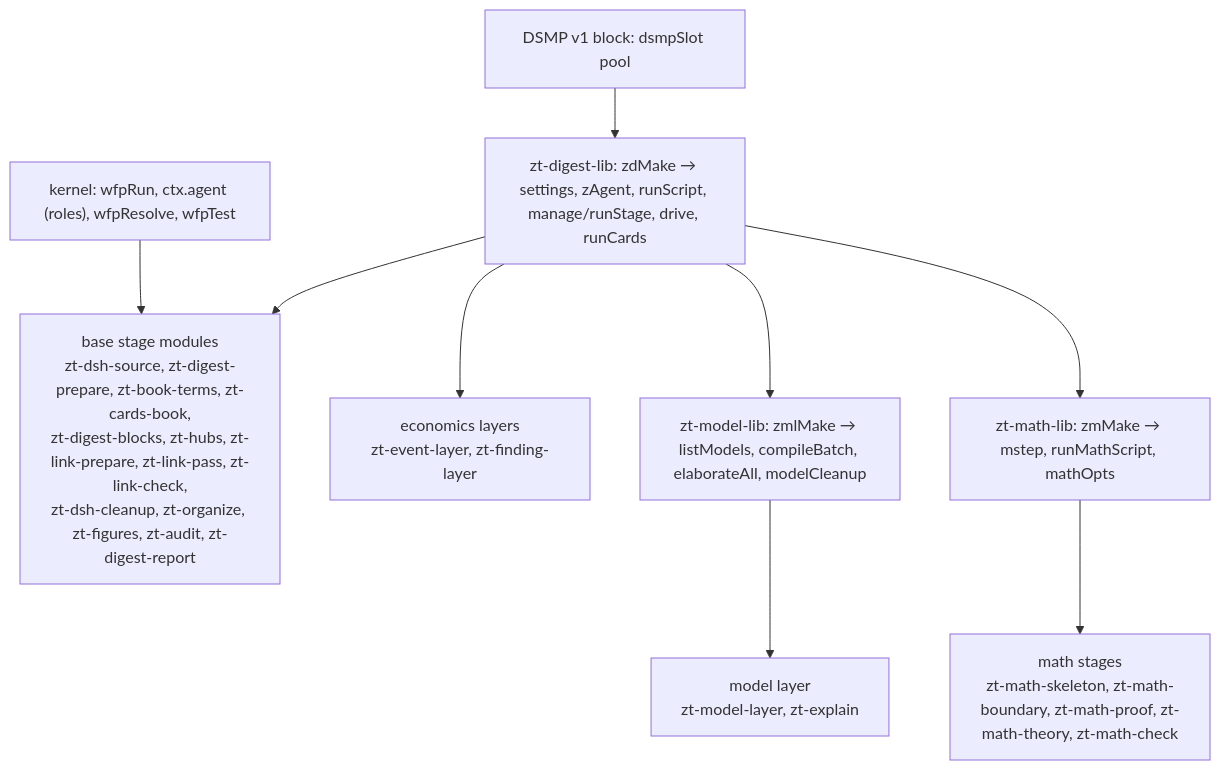
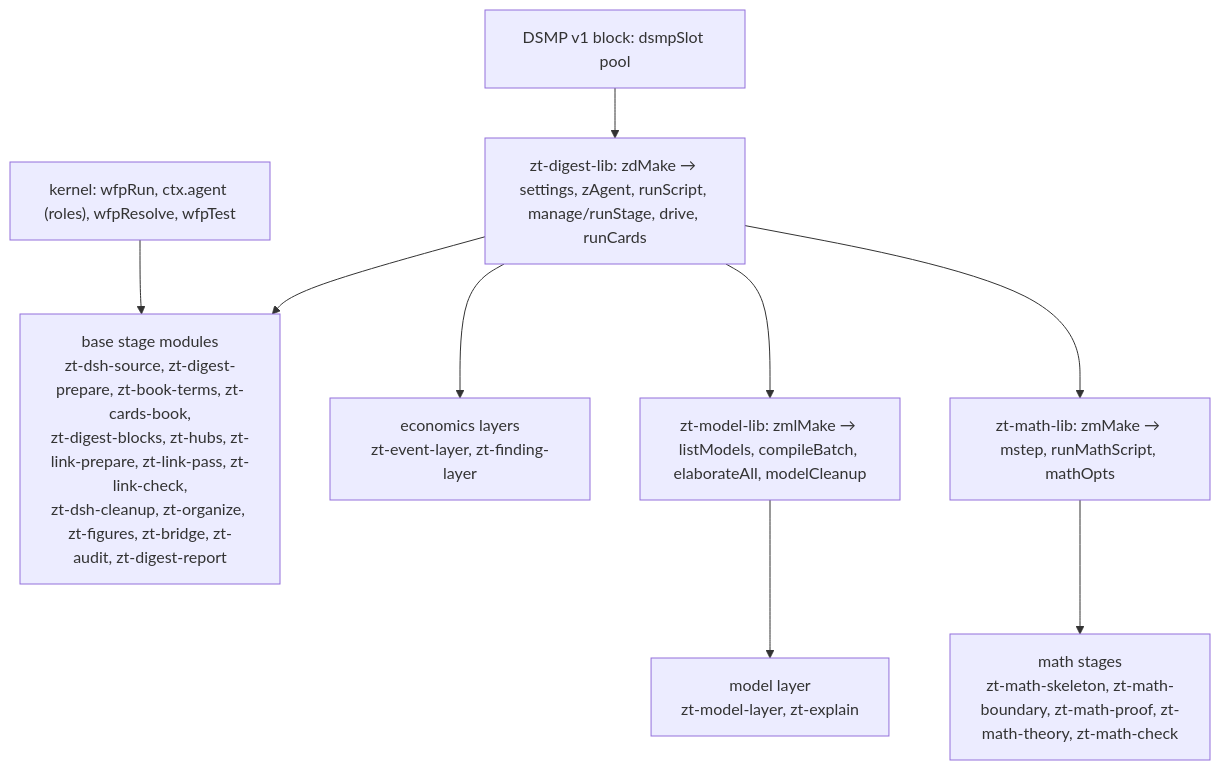
Before and after one commit to liudesheng9/zet: the second of 2 diagrams in docs/wiki/digest-workflows.md, drawn with Mermaid. The commit also changed other lines of this file and 54 other files, not shown here.

````diff
--- a/docs/wiki/digest-workflows.md
+++ b/docs/wiki/digest-workflows.md
@@ -108,18 +103,18 @@
 ```mermaid
 flowchart TB
   K["kernel: wfpRun, ctx.agent (roles), wfpResolve, wfpTest"]
   DSMP["DSMP v1 block: dsmpSlot pool"]
   ZD["zt-digest-lib: zdMake → settings, zAgent, runScript, manage/runStage, drive, runCards"]
   ZML["zt-model-lib: zmlMake → listModels, compileBatch, elaborateAll, modelCleanup"]
   ZM["zt-math-lib: zmMake → mstep, runMathScript, mathOpts"]
-  S1["base stage modules<br/>zt-dsh-source, zt-digest-prepare, zt-book-terms, zt-cards-book,<br/>zt-digest-blocks, zt-hubs, zt-link-prepare, zt-link-pass, zt-link-check,<br/>zt-dsh-cleanup, zt-organize, zt-figures, zt-audit, zt-digest-report"]
+  S1["base stage modules<br/>zt-dsh-source, zt-digest-prepare, zt-book-terms, zt-cards-book,<br/>zt-digest-blocks, zt-hubs, zt-link-prepare, zt-link-pass, zt-link-check,<br/>zt-dsh-cleanup, zt-organize, zt-figures, zt-bridge, zt-audit, zt-digest-report"]
   S2["model layer<br/>zt-model-layer, zt-explain"]
   S3["economics layers<br/>zt-event-layer, zt-finding-layer"]
   S4["math stages<br/>zt-math-skeleton, zt-math-boundary, zt-math-proof, zt-math-theory, zt-math-check"]
   K --> S1
   DSMP --> ZD
   ZD --> S1
   ZD --> S3
   ZD --> ZML --> S2
   ZD --> ZM --> S4
 ```
````
